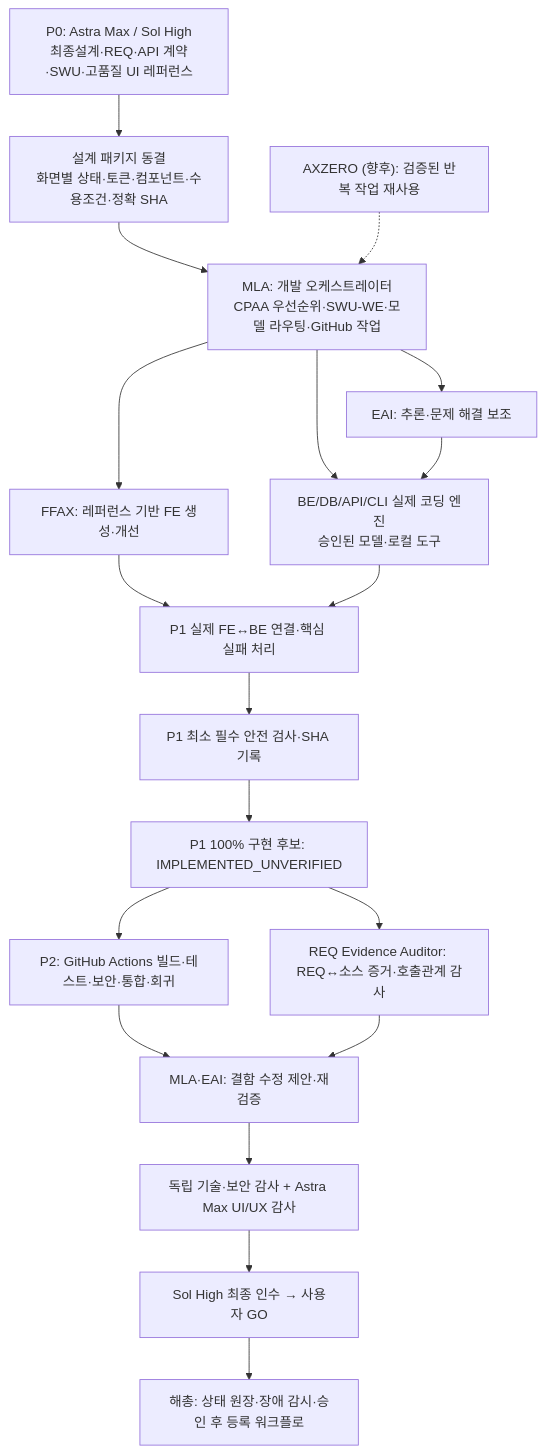
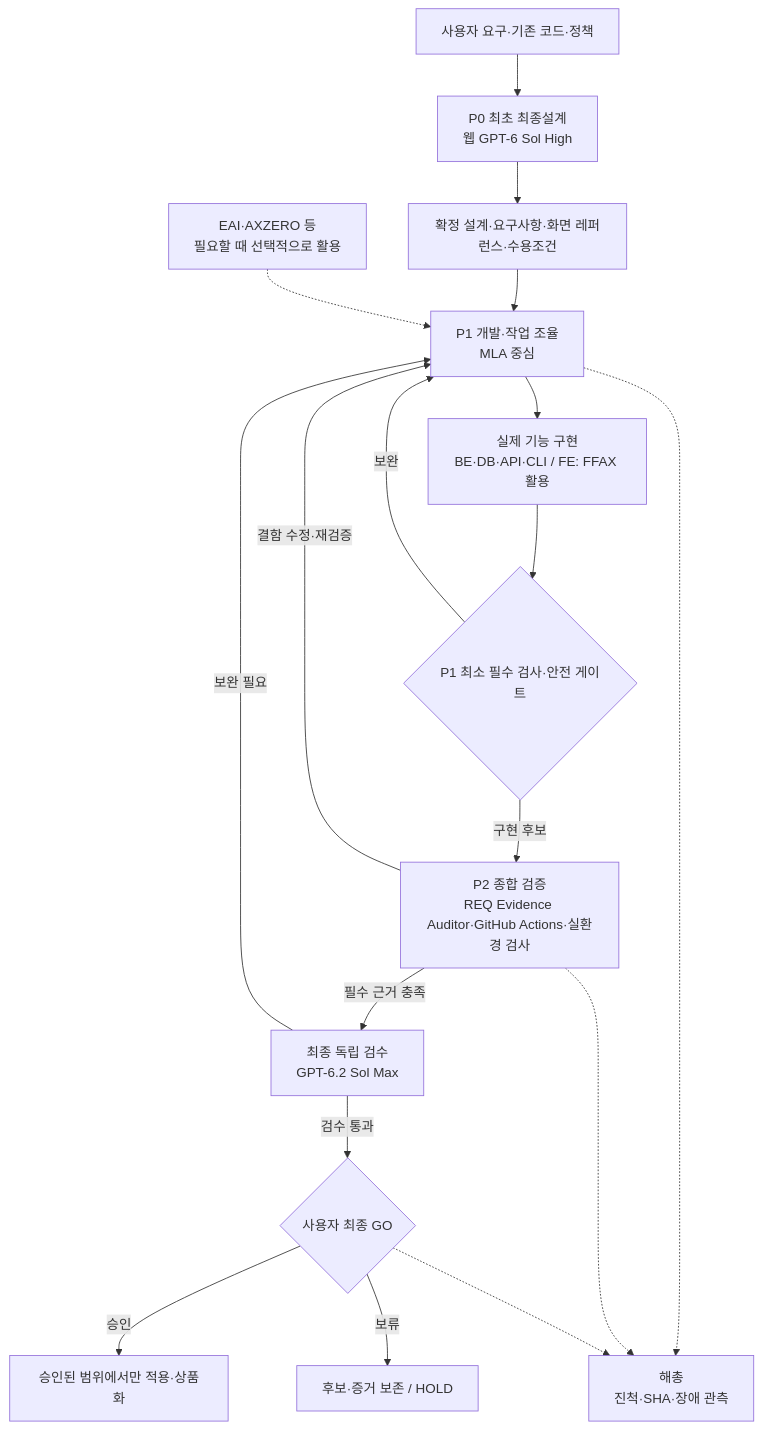
The diagram in docs/strategy/FUTURE_DEVELOPMENT_WORKFLOW_TARGET_20261118.md (hibi89/hackathon-command-center-2026), drawn with Mermaid before and after one commit. The commit also changed other lines of this file, not shown here.

Commit message:
docs(strategy): simplify future AX workflow to Sol High design and GPT-6.2 Sol Max final review

````diff
--- a/docs/strategy/FUTURE_DEVELOPMENT_WORKFLOW_TARGET_20261118.md
+++ b/docs/strategy/FUTURE_DEVELOPMENT_WORKFLOW_TARGET_20261118.md
@@ -12,21 +7,20 @@
 ```mermaid
 flowchart TD
-  A["P0: Astra Max / Sol High<br/>최종설계·REQ·API 계약·SWU·고품질 UI 레퍼런스"] --> B["설계 패키지 동결<br/>화면별 상태·토큰·컴포넌트·수용조건·정확 SHA"]
-  B --> C["MLA: 개발 오케스트레이터<br/>CPAA 우선순위·SWU-WE·모델 라우팅·GitHub 작업"]
-  C --> D["EAI: 추론·문제 해결 보조"]
-  C --> E["FFAX: 레퍼런스 기반 FE 생성·개선"]
-  C --> F["BE/DB/API/CLI 실제 코딩 엔진<br/>승인된 모델·로컬 도구"]
-  D --> F
-  E --> G["P1 실제 FE↔BE 연결·핵심 실패 처리"]
-  F --> G
-  G --> H["P1 최소 필수 안전 검사·SHA 기록"]
-  H --> I["P1 100% 구현 후보: IMPLEMENTED_UNVERIFIED"]
-  I --> J["P2: GitHub Actions 빌드·테스트·보안·통합·회귀"]
-  I --> K["REQ Evidence Auditor: REQ↔소스 증거·호출관계 감사"]
-  J --> L["MLA·EAI: 결함 수정 제안·재검증"]
-  K --> L
-  L --> M["독립 기술·보안 감사 + Astra Max UI/UX 감사"]
-  M --> N["Sol High 최종 인수 → 사용자 GO"]
-  N --> O["해총: 상태 원장·장애 감시·승인 후 등록 워크플로"]
-  X["AXZERO (향후): 검증된 반복 작업 재사용"] -.-> C
+  A["사용자 요구·기존 코드·정책"] --> B["P0 최초 최종설계<br/>웹 GPT-6 Sol High"]
+  B --> C["확정 설계·요구사항·화면 레퍼런스·수용조건"]
+  C --> D["P1 개발·작업 조율<br/>MLA 중심"]
+  D --> E["실제 기능 구현<br/>BE·DB·API·CLI / FE: FFAX 활용"]
+  F["EAI·AXZERO 등<br/>필요할 때 선택적으로 활용"] -.-> D
+  E --> G{"P1 최소 필수 검사·안전 게이트"}
+  G -->|보완| D
+  G -->|구현 후보| H["P2 종합 검증<br/>REQ Evidence Auditor·GitHub Actions·실환경 검사"]
+  H -->|결함 수정·재검증| D
+  H -->|필수 근거 충족| I["최종 독립 검수<br/>GPT-6.2 Sol Max"]
+  I -->|보완 필요| D
+  I -->|검수 통과| J{"사용자 최종 GO"}
+  J -->|승인| K["승인된 범위에서만 적용·상품화"]
+  J -->|보류| L["후보·증거 보존 / HOLD"]
+  D -.-> M["해총<br/>진척·SHA·장애 관측"]
+  H -.-> M
+  J -.-> M
 ```
````
